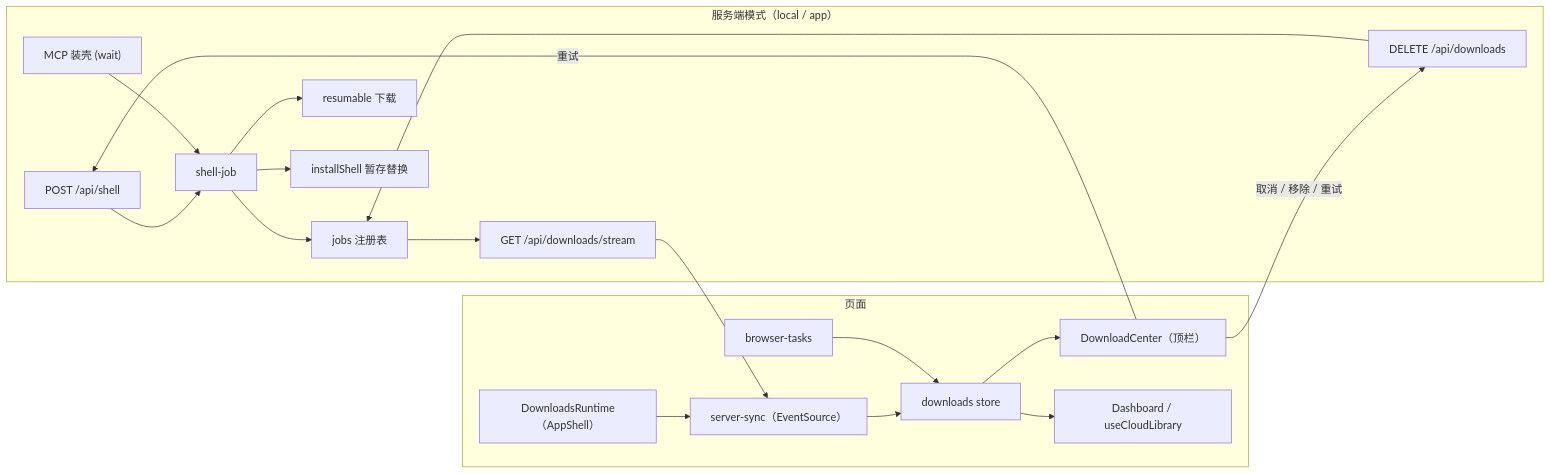
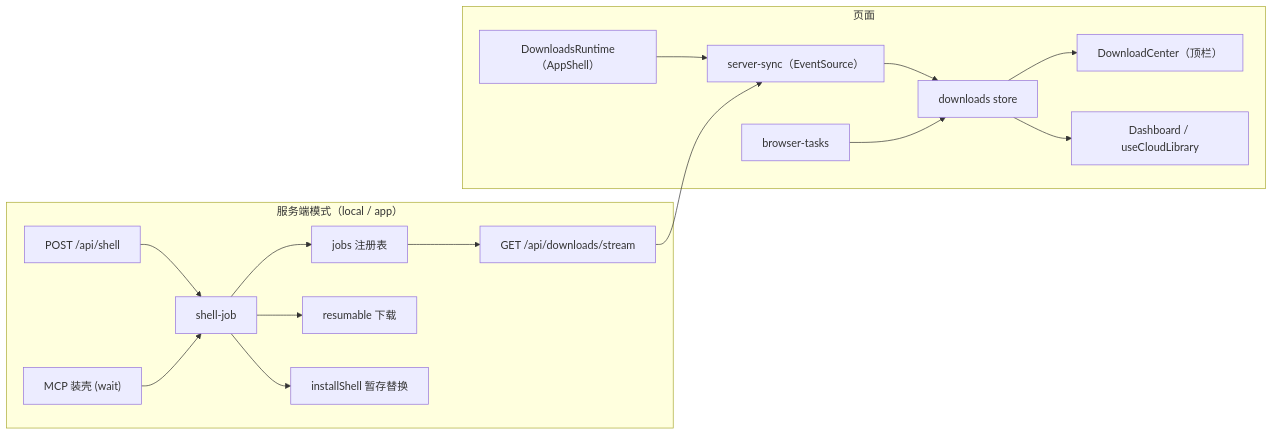
Before and after one commit to DavidKk/chaya: the diagram in docs/technical/download-center-design.md, drawn with Mermaid. The commit also changed other lines of this file and 5 other files, not shown here.

````diff
--- a/docs/technical/download-center-design.md
+++ b/docs/technical/download-center-design.md
@@ -20,22 +20,19 @@
 ```mermaid
 flowchart LR
   subgraph Server["服务端模式（local / app）"]
     ShellAPI["POST /api/shell"] --> ShellJob["shell-job"]
     MCP["MCP 装壳 (wait)"] --> ShellJob
     ShellJob --> Jobs["jobs 注册表"]
     ShellJob --> Resumable["resumable 下载"]
     ShellJob --> Install["installShell 暂存替换"]
     Jobs --> SSE["GET /api/downloads/stream"]
-    DelAPI["DELETE /api/downloads"] --> Jobs
   end
   subgraph Page["页面"]
     Sync["server-sync（EventSource）"] --> Store["downloads store"]
     Runner["browser-tasks"] --> Store
     Runtime["DownloadsRuntime（AppShell）"] --> Sync
     Store --> Center["DownloadCenter（顶栏）"]
     Store --> Dash["Dashboard / useCloudLibrary"]
   end
   SSE --> Sync
-  Center -- 取消 / 移除 / 重试 --> DelAPI
-  Center -- 重试 --> ShellAPI
 ```
````
